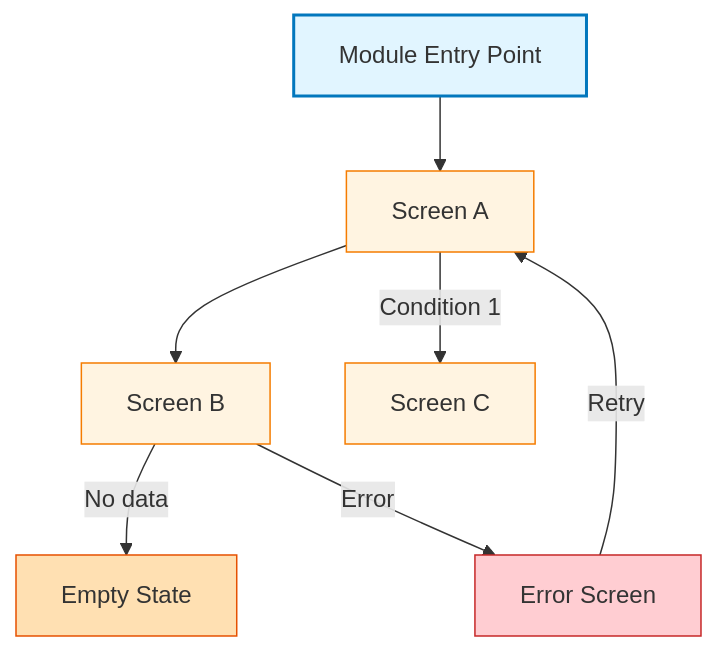
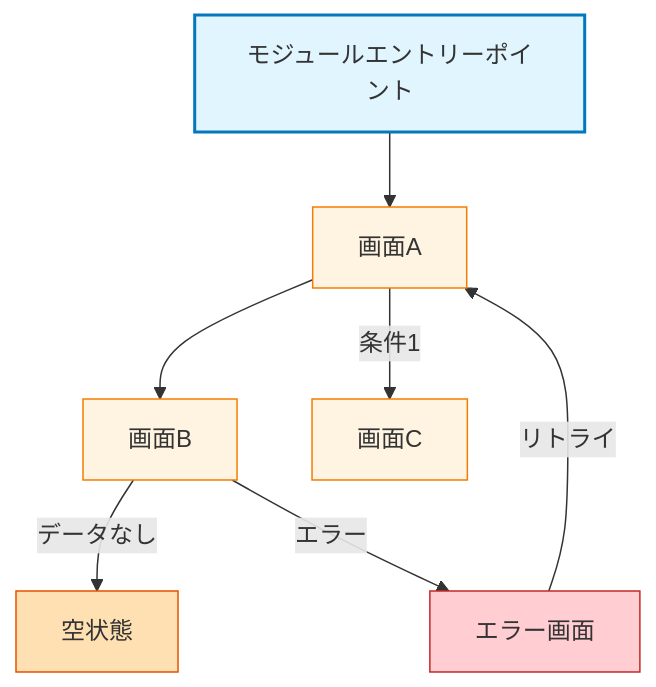
One commit to saki0000/collab-stream changed the diagram in docs/design-doc/template/module-navigation-template.md. Above: the diagram before and after it, drawn with Mermaid. The commit also changed other lines of this file and 6 other files, not shown here.

````diff
--- a/docs/design-doc/template/module-navigation-template.md
+++ b/docs/design-doc/template/module-navigation-template.md
@@ -24,19 +24,19 @@
 ```mermaid
 graph TB
-    ModuleEntry[Module Entry Point]
+    ModuleEntry[モジュールエントリーポイント]
 
-    ModuleEntry --> ScreenA[Screen A]
-    ScreenA --> ScreenB[Screen B]
-    ScreenA -->|Condition 1| ScreenC[Screen C]
-    ScreenB -->|No data| EmptyState[Empty State]
-    ScreenB -->|Error| ErrorScreen[Error Screen]
+    ModuleEntry --> ScreenA[画面A]
+    ScreenA --> ScreenB[画面B]
+    ScreenA -->|条件1| ScreenC[画面C]
+    ScreenB -->|データなし| EmptyState[空状態]
+    ScreenB -->|エラー| ErrorScreen[エラー画面]
 
-    ErrorScreen -->|Retry| ScreenA
+    ErrorScreen -->|リトライ| ScreenA
 
     style ModuleEntry fill:#e1f5ff,stroke:#0277bd,stroke-width:2px
     style ScreenA fill:#fff4e1,stroke:#f57c00
     style ScreenB fill:#fff4e1,stroke:#f57c00
     style ScreenC fill:#fff4e1,stroke:#f57c00
     style EmptyState fill:#ffe0b2,stroke:#e65100
     style ErrorScreen fill:#ffcdd2,stroke:#c62828
 ```
````
